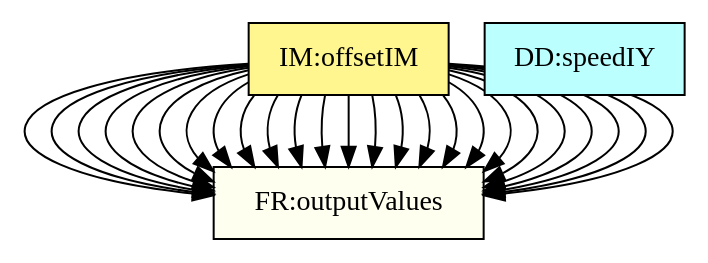
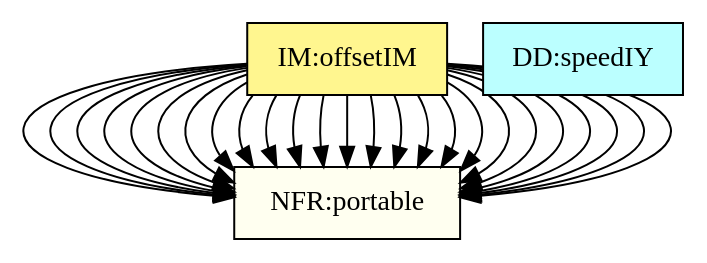
Before and after one commit to JacquesCarette/Drasil: the diagram in code/stable/projectile/TraceyGraph/avsall.dot, drawn with Graphviz. The commit also changed 48 other files, not shown here.

Commit message:
stabilized outputs (trace table reordering due to updated chunk insertion sequence)

```diff
--- a/code/stable/projectile/TraceyGraph/avsall.dot
+++ b/code/stable/projectile/TraceyGraph/avsall.dot
@@ -1,102 +1,102 @@
 digraph avsall {
 	theory:projSpeed -> instance:pointMass;
 	theory:projSpeed -> instance:timeStartZero;
 	theory:projPos -> instance:pointMass;
 	theory:projPos -> instance:timeStartZero;
 	theory:velocity -> instance:twoDMotion;
 	theory:velocity -> instance:cartSyst;
 	theory:velocity -> instance:constAccel;
 	theory:velocity -> instance:timeStartZero;
 	theory:position -> instance:twoDMotion;
 	theory:position -> instance:cartSyst;
 	theory:position -> instance:constAccel;
 	theory:position -> instance:timeStartZero;
 	theory:flightduration -> instance:yAxisGravity;
 	theory:flightduration -> instance:accelYGravity;
 	theory:flightduration -> instance:launchOrigin;
 	theory:flightduration -> instance:targetXAxis;
 	theory:flightduration -> instance:posXDirection;
 	theory:flightduration -> instance:timeStartZero;
 	theory:flightduration -> instance:gravAccelValue;
 	theory:landingposition -> instance:yAxisGravity;
 	theory:landingposition -> instance:launchOrigin;
 	theory:landingposition -> instance:posXDirection;
 	theory:landingposition -> instance:accelXZero;
 	theory:landingposition -> instance:gravAccelValue;
 	theory:offset -> instance:posXDirection;
 
 
 	instance:twoDMotion	[shape=box, color=black, style=filled, fillcolor=mistyrose, label="A:twoDMotion"];
 	instance:neglectCurv	[shape=box, color=black, style=filled, fillcolor=mistyrose, label="A:neglectCurv"];
 	instance:cartSyst	[shape=box, color=black, style=filled, fillcolor=mistyrose, label="A:cartSyst"];
 	instance:yAxisGravity	[shape=box, color=black, style=filled, fillcolor=mistyrose, label="A:yAxisGravity"];
 	instance:accelYGravity	[shape=box, color=black, style=filled, fillcolor=mistyrose, label="A:accelYGravity"];
 	instance:launchOrigin	[shape=box, color=black, style=filled, fillcolor=mistyrose, label="A:launchOrigin"];
 	instance:targetXAxis	[shape=box, color=black, style=filled, fillcolor=mistyrose, label="A:targetXAxis"];
 	instance:posXDirection	[shape=box, color=black, style=filled, fillcolor=mistyrose, label="A:posXDirection"];
 	instance:neglectDrag	[shape=box, color=black, style=filled, fillcolor=mistyrose, label="A:neglectDrag"];
 	instance:pointMass	[shape=box, color=black, style=filled, fillcolor=mistyrose, label="A:pointMass"];
 	instance:freeFlight	[shape=box, color=black, style=filled, fillcolor=mistyrose, label="A:freeFlight"];
 	instance:accelXZero	[shape=box, color=black, style=filled, fillcolor=mistyrose, label="A:accelXZero"];
 	instance:constAccel	[shape=box, color=black, style=filled, fillcolor=mistyrose, label="A:constAccel"];
 	instance:timeStartZero	[shape=box, color=black, style=filled, fillcolor=mistyrose, label="A:timeStartZero"];
 	instance:gravAccelValue	[shape=box, color=black, style=filled, fillcolor=mistyrose, label="A:gravAccelValue"];
 
 	subgraph A {
 	rank="same"
 	{instance:twoDMotion, instance:neglectCurv, instance:cartSyst, instance:yAxisGravity, instance:accelYGravity, instance:launchOrigin, instance:targetXAxis, instance:posXDirection, instance:neglectDrag, instance:pointMass, instance:freeFlight, instance:accelXZero, instance:constAccel, instance:timeStartZero, instance:gravAccelValue}
 	}
 
 	dataDefn:speed	[shape=box, color=black, style=filled, fillcolor=paleturquoise1, label="DD:vecMag"];
 	dataDefn:ixVel	[shape=box, color=black, style=filled, fillcolor=paleturquoise1, label="DD:speedIX"];
 	dataDefn:iyVel	[shape=box, color=black, style=filled, fillcolor=paleturquoise1, label="DD:speedIY"];
 
 	subgraph DD {
 	rank="same"
 	{dataDefn:speed, dataDefn:ixVel, dataDefn:iyVel}
 	}
 
 	theory:accelerationTM	[shape=box, color=black, style=filled, fillcolor=pink, label="TM:acceleration"];
 	theory:velocityTM	[shape=box, color=black, style=filled, fillcolor=pink, label="TM:velocity"];
 
 	subgraph TM {
 	rank="same"
 	{theory:accelerationTM, theory:velocityTM}
 	}
 
 	theory:projSpeed	[shape=box, color=black, style=filled, fillcolor=palegreen, label="GD:rectVel"];
 	theory:projPos	[shape=box, color=black, style=filled, fillcolor=palegreen, label="GD:rectPos"];
 	theory:velocity	[shape=box, color=black, style=filled, fillcolor=palegreen, label="GD:velVec"];
 	theory:position	[shape=box, color=black, style=filled, fillcolor=palegreen, label="GD:posVec"];
 
 	subgraph GD {
 	rank="same"
 	{theory:projSpeed, theory:projPos, theory:velocity, theory:position}
 	}
 
 	theory:flightduration	[shape=box, color=black, style=filled, fillcolor=khaki1, label="IM:calOfLandingTime"];
 	theory:landingposition	[shape=box, color=black, style=filled, fillcolor=khaki1, label="IM:calOfLandingDist"];
 	theory:offset	[shape=box, color=black, style=filled, fillcolor=khaki1, label="IM:offsetIM"];
 
 	subgraph IM {
 	rank="same"
 	{theory:flightduration, theory:landingposition, theory:offset}
 	}
 
+	instance:inputValues	[shape=box, color=black, style=filled, fillcolor=ivory, label="FR:inputValues"];
+	instance:verifyInVals	[shape=box, color=black, style=filled, fillcolor=ivory, label="FR:verifyInVals"];
+	instance:calcValues	[shape=box, color=black, style=filled, fillcolor=ivory, label="FR:calcValues"];
+	instance:outputValues	[shape=box, color=black, style=filled, fillcolor=ivory, label="FR:outputValues"];
 	instance:correct	[shape=box, color=black, style=filled, fillcolor=ivory, label="NFR:correct"];
 	instance:verifiable	[shape=box, color=black, style=filled, fillcolor=ivory, label="NFR:verifiable"];
 	instance:understandable	[shape=box, color=black, style=filled, fillcolor=ivory, label="NFR:understandable"];
 	instance:reusable	[shape=box, color=black, style=filled, fillcolor=ivory, label="NFR:reusable"];
 	instance:maintainable	[shape=box, color=black, style=filled, fillcolor=ivory, label="NFR:maintainable"];
 	instance:portable	[shape=box, color=black, style=filled, fillcolor=ivory, label="NFR:portable"];
-	instance:inputValues	[shape=box, color=black, style=filled, fillcolor=ivory, label="FR:inputValues"];
-	instance:verifyInVals	[shape=box, color=black, style=filled, fillcolor=ivory, label="FR:verifyInVals"];
-	instance:calcValues	[shape=box, color=black, style=filled, fillcolor=ivory, label="FR:calcValues"];
-	instance:outputValues	[shape=box, color=black, style=filled, fillcolor=ivory, label="FR:outputValues"];
 
-	subgraph NFR {
+	subgraph FR {
 	rank="same"
-	{instance:correct, instance:verifiable, instance:understandable, instance:reusable, instance:maintainable, instance:portable, instance:inputValues, instance:verifyInVals, instance:calcValues, instance:outputValues}
+	{instance:inputValues, instance:verifyInVals, instance:calcValues, instance:outputValues, instance:correct, instance:verifiable, instance:understandable, instance:reusable, instance:maintainable, instance:portable}
 	}
 
 }
```
